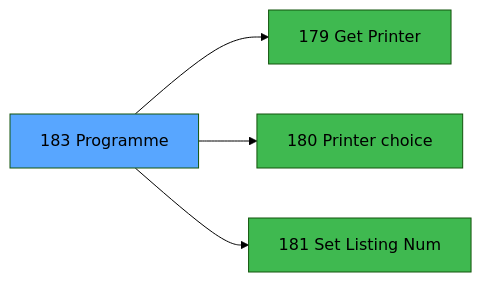
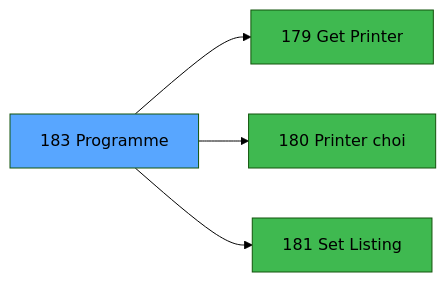
The third of 3 diagrams in .openspec/specs/ADH-IDE-183.md (thonyAGP/magic-migration), drawn with Mermaid (forest theme) before and after one commit. The commit also changed other lines of this file and 323 other files, not shown here.

````diff
--- a/.openspec/specs/ADH-IDE-183.md
+++ b/.openspec/specs/ADH-IDE-183.md
@@ -116,14 +136,14 @@
 ```mermaid
 graph LR
     T[183 Programme]
     C179[179 Get Printer]
     T --> C179
-    C180[180 Printer choice]
+    C180[180 Printer choi]
     T --> C180
-    C181[181 Set Listing Num]
+    C181[181 Set Listing ]
     T --> C181
     style T fill:#58a6ff,color:#000
     style C179 fill:#3fb950
     style C180 fill:#3fb950
     style C181 fill:#3fb950
 ```
````
